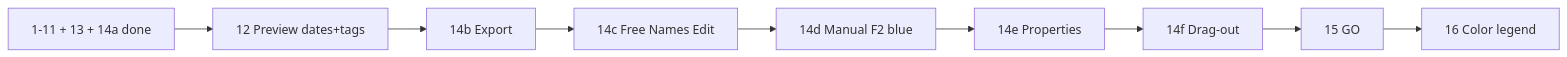
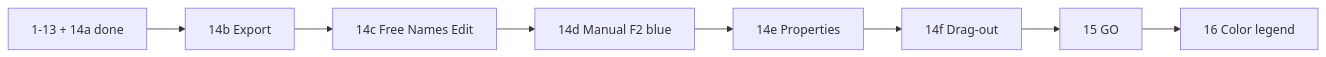
One commit to davidohana/finebytes changed the diagram in docs/plans/rename-list-ui.plan.md. Above: the diagram before and after it, drawn with Mermaid. The commit also changed other lines of this file and 4 other files, not shown here.

````diff
--- a/docs/plans/rename-list-ui.plan.md
+++ b/docs/plans/rename-list-ui.plan.md
@@ -139,14 +139,13 @@
 ```mermaid
 flowchart LR
-  Done[1-11 + 13 + 14a done]
-  P12[12 Preview dates+tags]
+  Done[1-13 + 14a done]
   P14b[14b Export]
   P14c[14c Free Names Edit]
   P14d[14d Manual F2 blue]
   P14e[14e Properties]
   P14f[14f Drag-out]
   P15[15 GO]
   P16[16 Color legend]
-  Done --> P12 --> P14b --> P14c --> P14d
+  Done --> P14b --> P14c --> P14d
   P14d --> P14e --> P14f --> P15 --> P16
 ```
````
